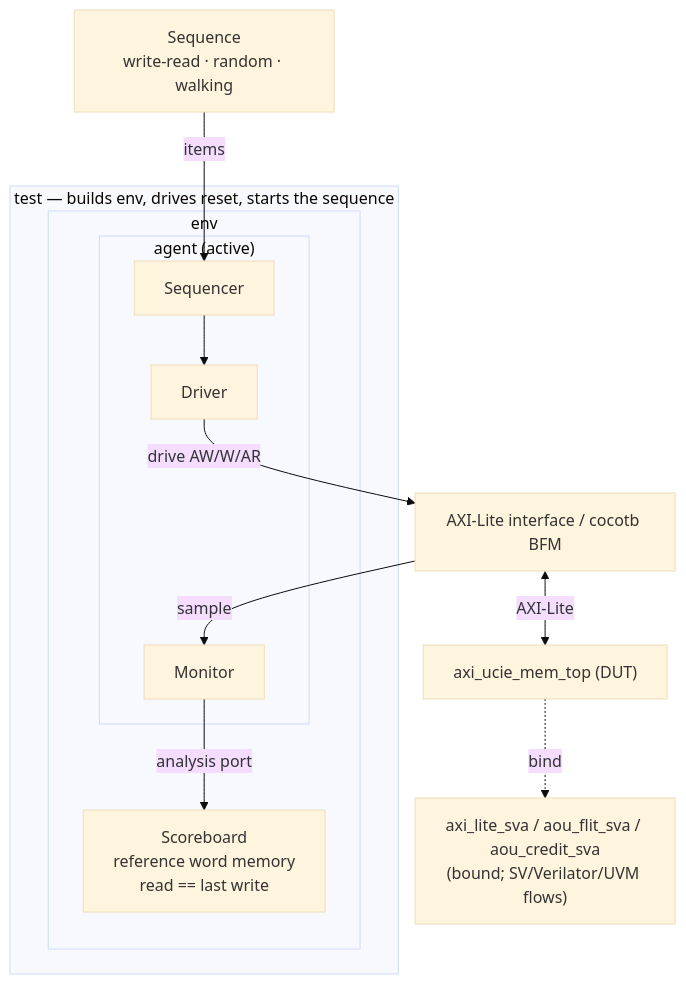
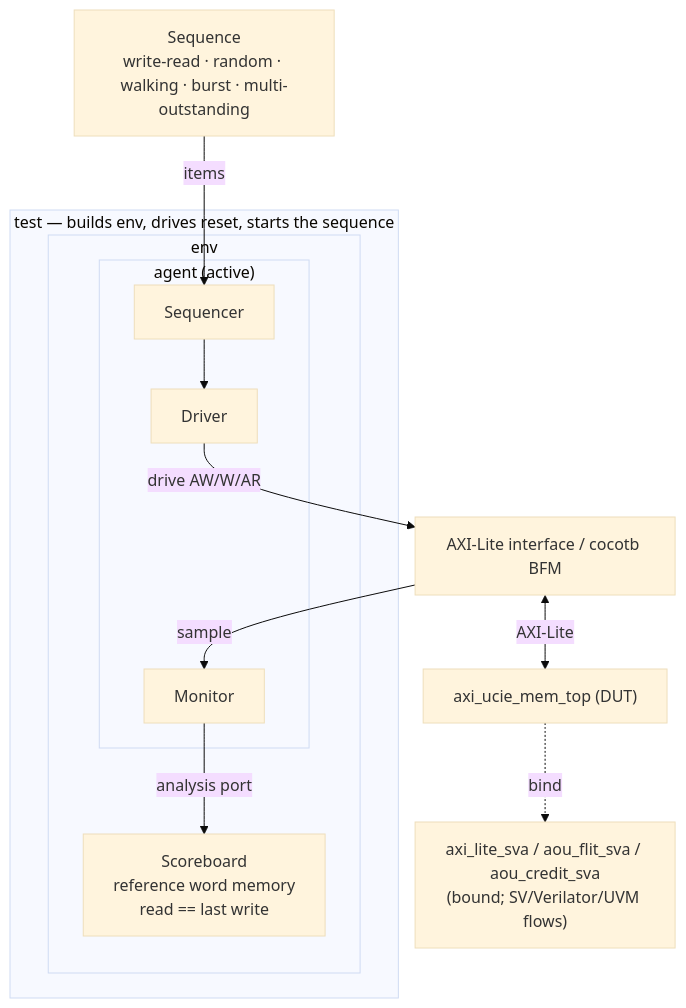
The second of 2 diagrams in README.md (markrthomas/axi-on-ucie-to-mem), drawn with Mermaid (base theme) before and after one commit. The commit also changed other lines of this file and 1 other file, not shown here.

First line of the commit message:
docs: bursts + multiple-outstanding are implemented, not future work

````diff
--- a/README.md
+++ b/README.md
@@ -119,20 +123,20 @@
 ```mermaid
 flowchart TB
-    SEQ["Sequence<br/>write-read · random · walking"]
+    SEQ["Sequence<br/>write-read · random · walking · burst · multi-outstanding"]
     subgraph TEST["test — builds env, drives reset, starts the sequence"]
       subgraph ENV["env"]
         subgraph AG["agent (active)"]
           SEQR["Sequencer"]; DRV["Driver"]; MON["Monitor"]
         end
         SB["Scoreboard<br/>reference word memory<br/>read == last write"]
       end
     end
     IF["AXI-Lite interface / cocotb BFM"]
     DUT["axi_ucie_mem_top (DUT)"]
     SVA["axi_lite_sva / aou_flit_sva / aou_credit_sva<br/>(bound; SV/Verilator/UVM flows)"]
 
     SEQ -->|items| SEQR --> DRV -->|drive AW/W/AR| IF
     IF <-->|AXI-Lite| DUT
     IF -->|sample| MON -->|analysis port| SB
     DUT -.->|bind| SVA
 ```
````
